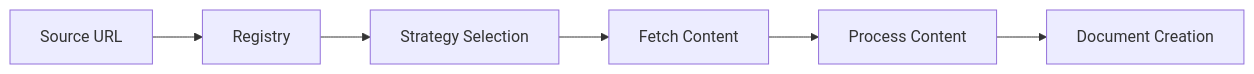
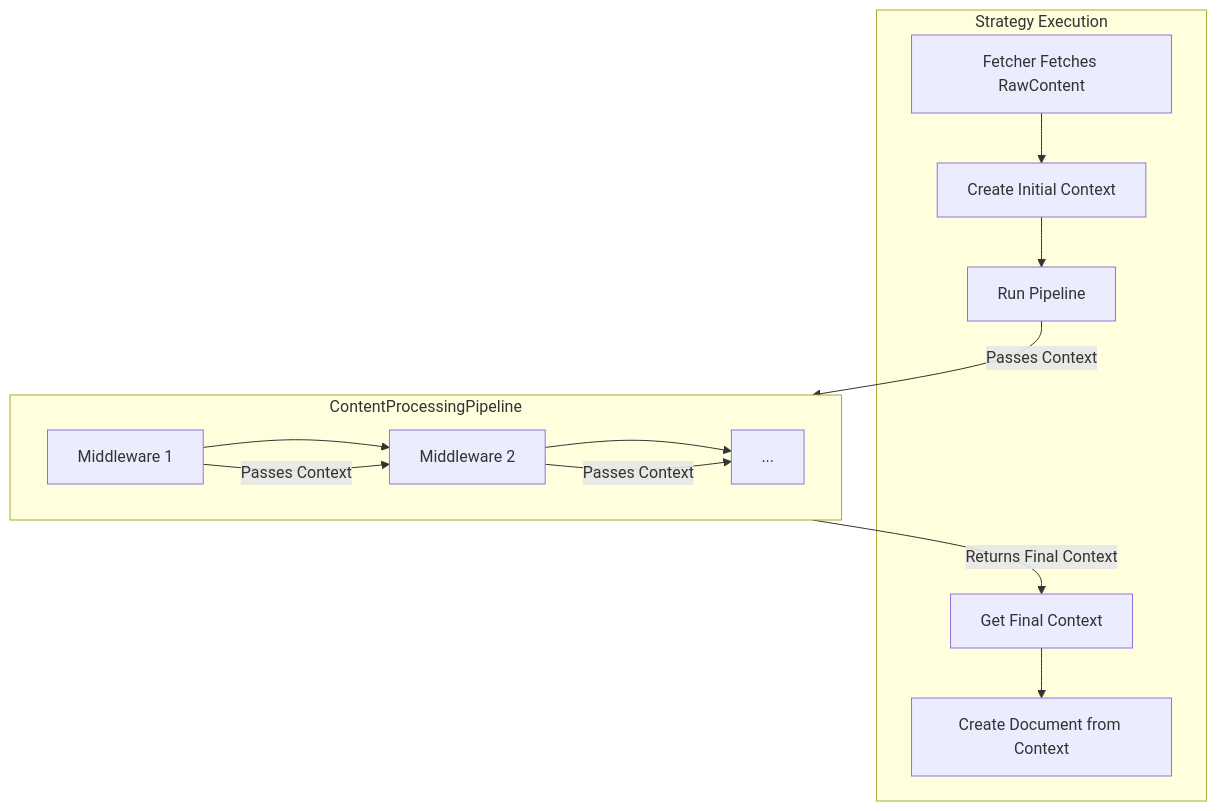
One commit to theshadow27/docs-mcp-server changed the first of 4 diagrams in ARCHITECTURE.md. Above: the diagram before and after it, drawn with Mermaid. The commit also changed other lines of this file and 35 other files, not shown here.

First line of the commit message:
feat: refactor content processing to middleware pipeline

````diff
--- a/ARCHITECTURE.md
+++ b/ARCHITECTURE.md
@@ -59,8 +64,23 @@
 ```mermaid
-graph LR
-    S[Source URL] --> R[Registry]
-    R --> ST[Strategy Selection]
-    ST --> F[Fetch Content]
-    F --> P[Process Content]
-    P --> D[Document Creation]
+graph TD
+    subgraph Strategy Execution
+        F[Fetcher Fetches RawContent]
+        CtxIn[Create Initial Context]
+        Pipe[Run Pipeline]
+        CtxOut[Get Final Context]
+        Doc[Create Document from Context]
+    end
+
+    subgraph ContentProcessingPipeline
+        direction LR
+        M1[Middleware 1] --> M2[Middleware 2] --> M3[...]
+    end
+
+    F --> CtxIn
+    CtxIn --> Pipe
+    Pipe -- Passes Context --> M1
+    M1 -- Passes Context --> M2
+    M2 -- Passes Context --> M3
+    M3 -- Returns Final Context --> CtxOut
+    CtxOut --> Doc
 ```
````
